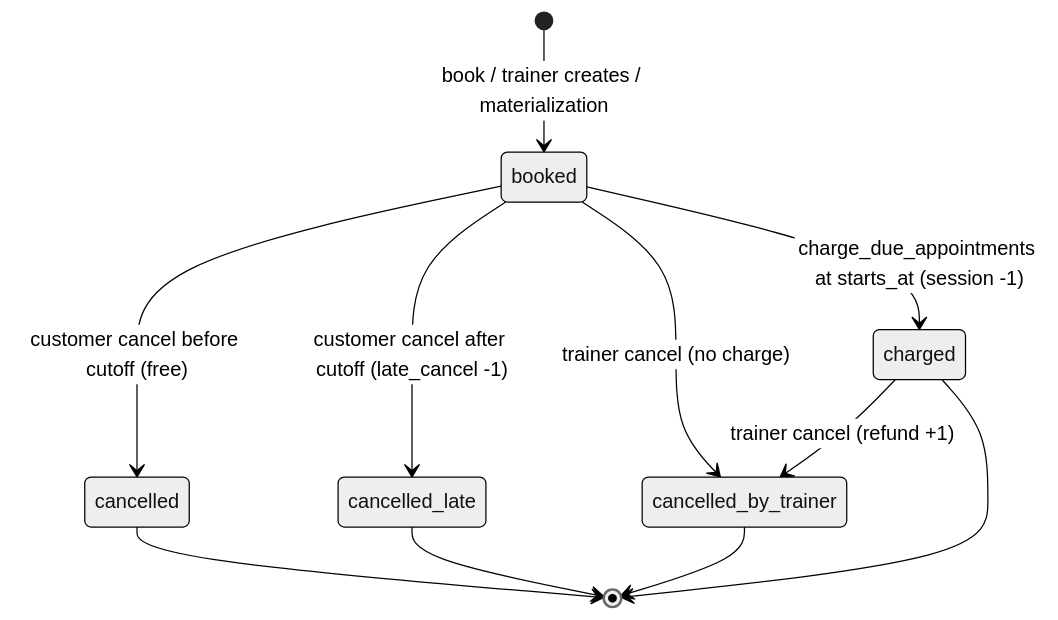
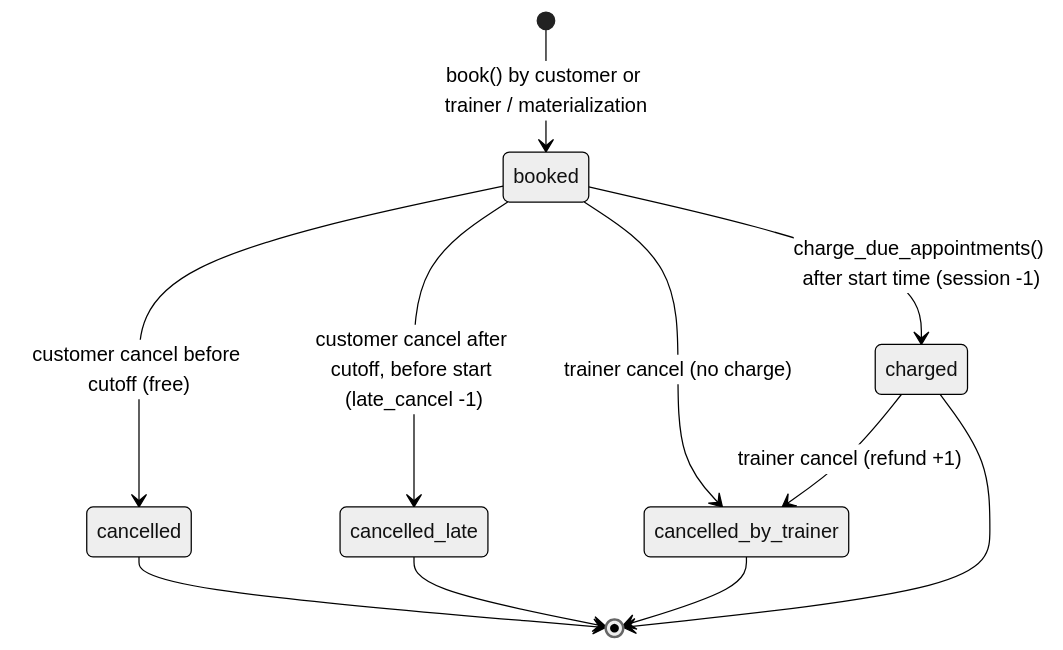
Before and after one commit to JasaGlazar/amrap: the diagram in docs/architecture/appointment-states.md, drawn with Mermaid (neutral theme). The commit also changed other lines of this file and 5 other files, not shown here.

First line of the commit message:
feat(db): cancel RPC with cutoff, late charge and trainer refund

````diff
--- a/docs/architecture/appointment-states.md
+++ b/docs/architecture/appointment-states.md
@@ -11,13 +13,13 @@
 ```mermaid
 stateDiagram-v2
-    [*] --> booked : book / trainer creates / materialization
-    booked --> charged : charge_due_appointments at starts_at (session -1)
+    [*] --> booked : book() by customer or trainer / materialization
+    booked --> charged : charge_due_appointments() after start time (session -1)
     booked --> cancelled : customer cancel before cutoff (free)
-    booked --> cancelled_late : customer cancel after cutoff (late_cancel -1)
+    booked --> cancelled_late : customer cancel after cutoff, before start (late_cancel -1)
     booked --> cancelled_by_trainer : trainer cancel (no charge)
     charged --> cancelled_by_trainer : trainer cancel (refund +1)
     cancelled --> [*]
     cancelled_late --> [*]
     cancelled_by_trainer --> [*]
     charged --> [*]
 ```
````
